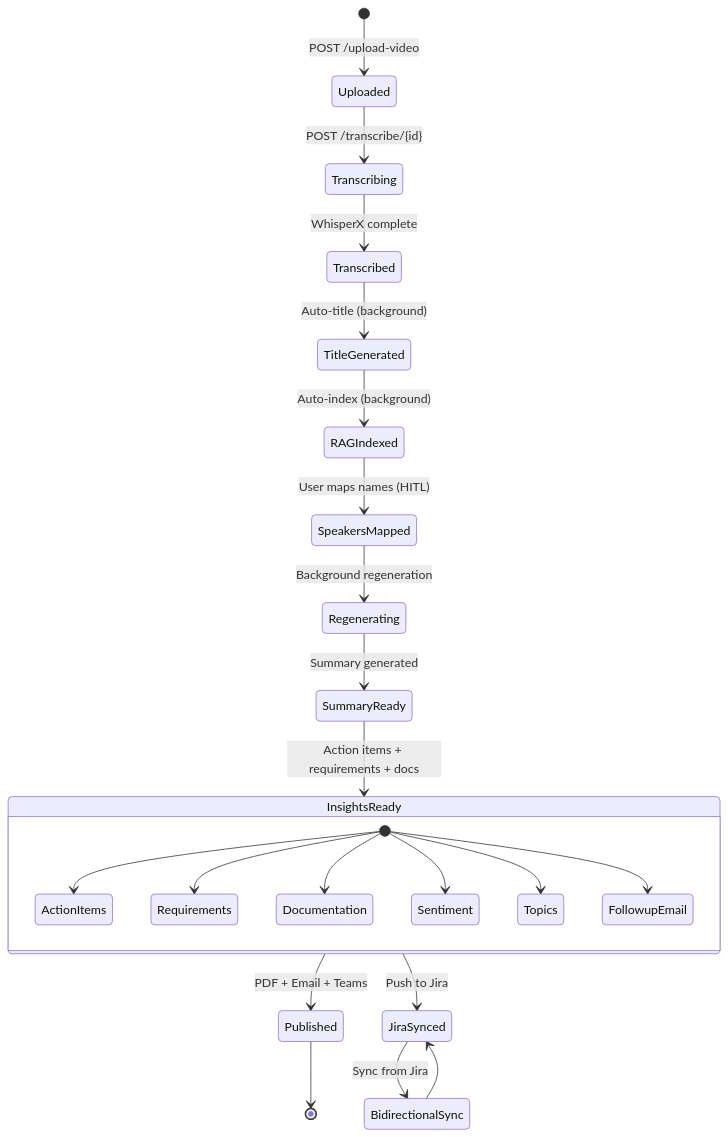
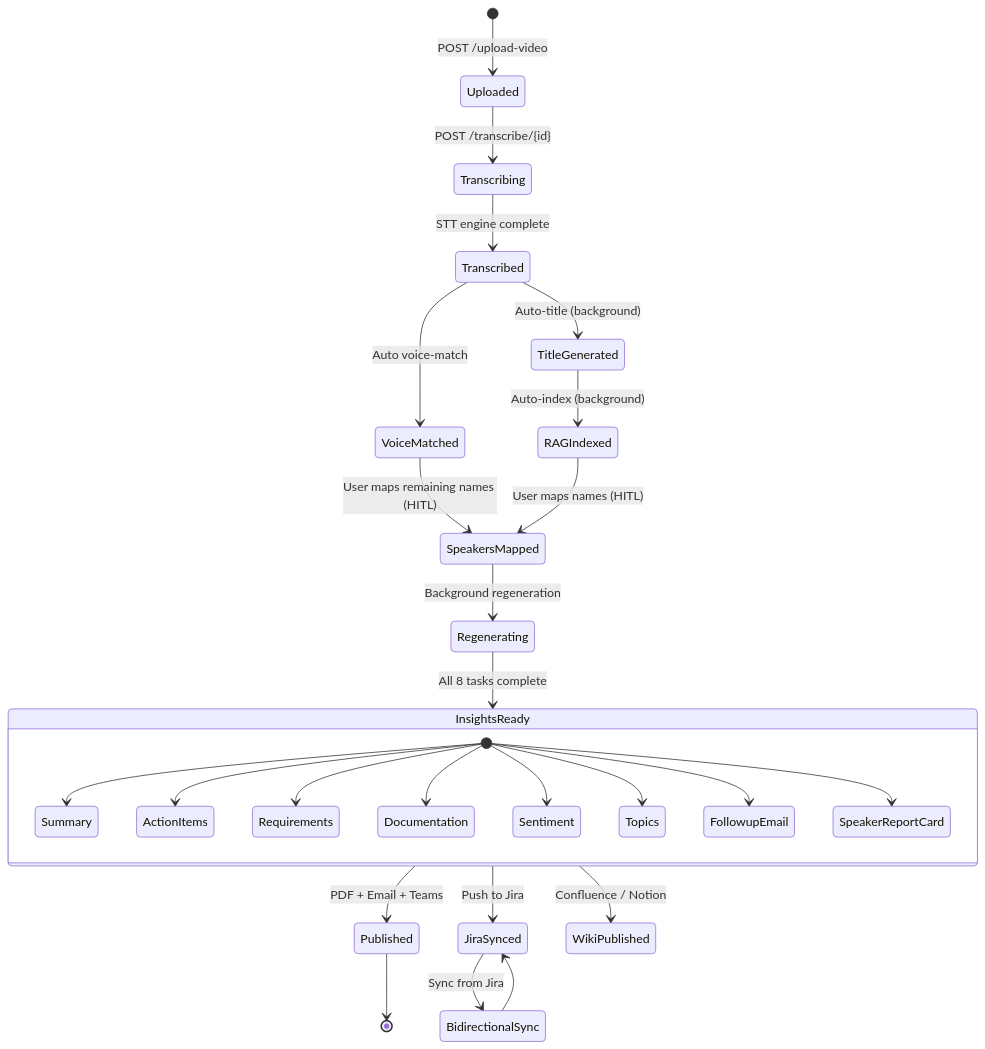
One commit to pawanuikey06/ContextIQ changed the tenth of 14 diagrams in docs/architecture.md. Above: the diagram before and after it, drawn with Mermaid. The commit also changed other lines of this file, not shown here.

Commit message:
architectures updated

````diff
--- a/docs/architecture.md
+++ b/docs/architecture.md
@@ -357,30 +464,35 @@
 ```mermaid
 stateDiagram-v2
     [*] --> Uploaded: POST /upload-video
     Uploaded --> Transcribing: POST /transcribe/{id}
-    Transcribing --> Transcribed: WhisperX complete
+    Transcribing --> Transcribed: STT engine complete
+
+    Transcribed --> VoiceMatched: Auto voice-match
     Transcribed --> TitleGenerated: Auto-title (background)
     TitleGenerated --> RAGIndexed: Auto-index (background)
 
+    VoiceMatched --> SpeakersMapped: User maps remaining names (HITL)
     RAGIndexed --> SpeakersMapped: User maps names (HITL)
     SpeakersMapped --> Regenerating: Background regeneration
 
-    Regenerating --> SummaryReady: Summary generated
-    SummaryReady --> InsightsReady: Action items + requirements + docs
+    Regenerating --> InsightsReady: All 8 tasks complete
 
     InsightsReady --> Published: PDF + Email + Teams
     InsightsReady --> JiraSynced: Push to Jira
+    InsightsReady --> WikiPublished: Confluence / Notion
 
     state InsightsReady {
+        [*] --> Summary
         [*] --> ActionItems
         [*] --> Requirements
         [*] --> Documentation
         [*] --> Sentiment
         [*] --> Topics
         [*] --> FollowupEmail
+        [*] --> SpeakerReportCard
     }
 
     Published --> [*]
     JiraSynced --> BidirectionalSync: Sync from Jira
     BidirectionalSync --> JiraSynced
 ```
````
